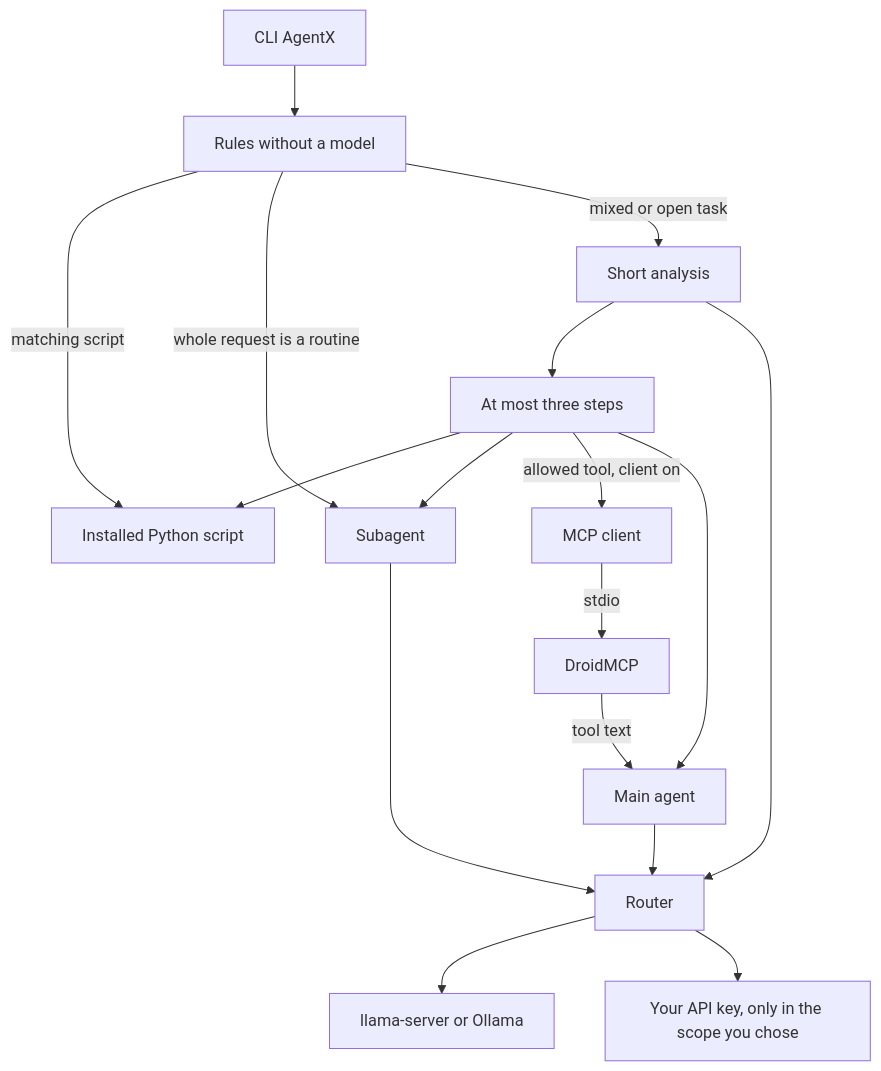
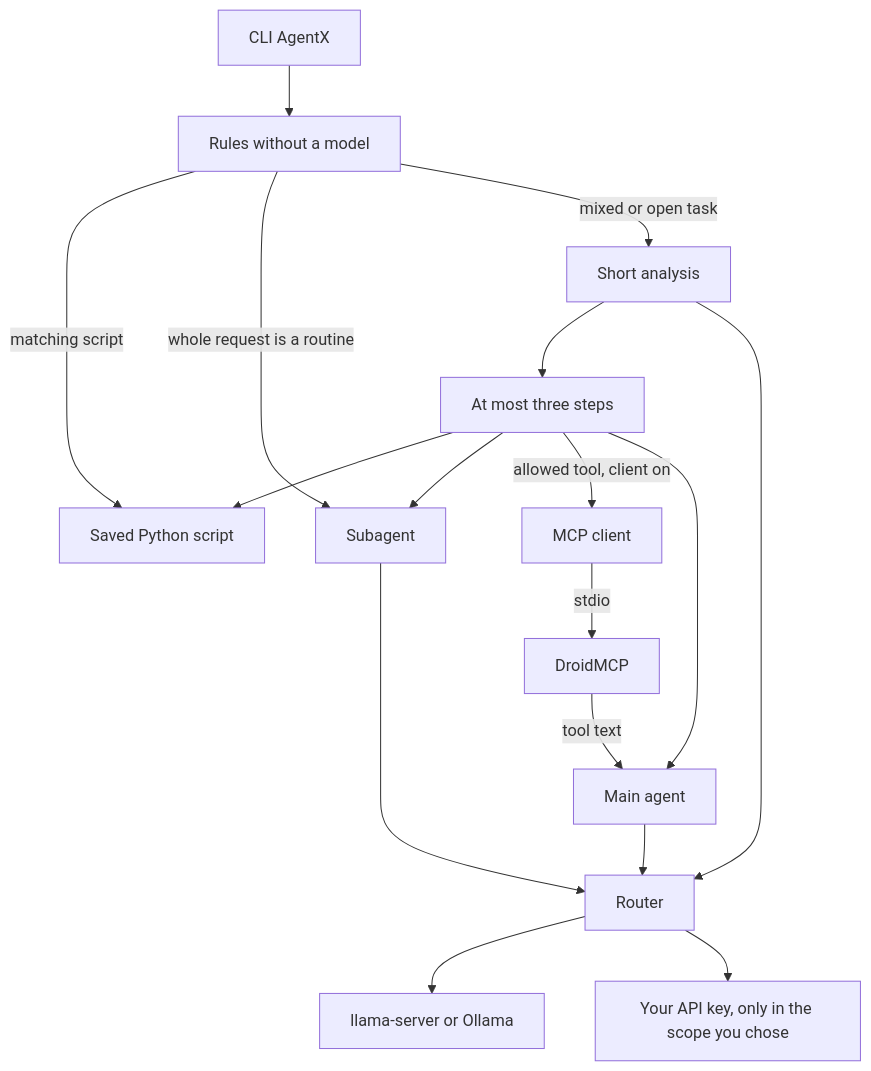
Before and after one commit to JoaoPHS/AgentX: the diagram in README.md, drawn with Mermaid. The commit also changed other lines of this file and 30 other files, not shown here.

````diff
--- a/README.md
+++ b/README.md
@@ -61,19 +78,19 @@
 ```mermaid
 flowchart TD
   cli[CLI AgentX] --> rules[Rules without a model]
-  rules -->|matching script| phoneScript[Installed Python script]
+  rules -->|matching script| savedScript[Saved Python script]
   rules -->|whole request is a routine| routine[Subagent]
   rules -->|mixed or open task| analyze[Short analysis]
   analyze --> plan[At most three steps]
   analyze --> router[Router]
-  plan --> phoneScript
+  plan --> savedScript
   plan --> routine
   plan -->|"allowed tool, client on"| mcpClient[MCP client]
   mcpClient -->|stdio| droid[DroidMCP]
   droid -->|tool text| mainAgent[Main agent]
   plan --> mainAgent
   routine --> router
   mainAgent --> router
   router --> local[llama-server or Ollama]
   router --> remote[Your API key, only in the scope you chose]
 ```
````
